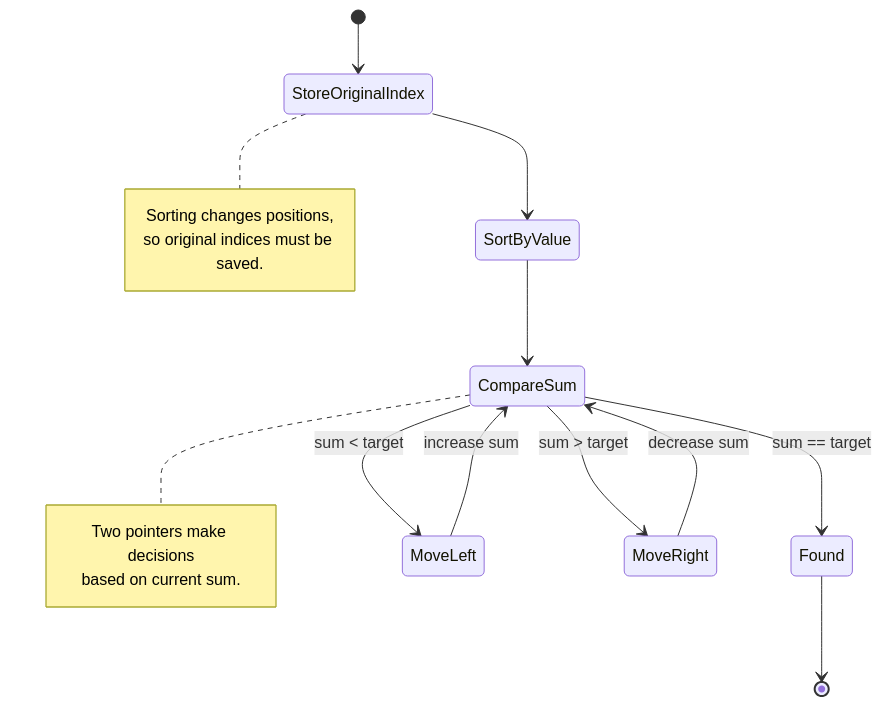
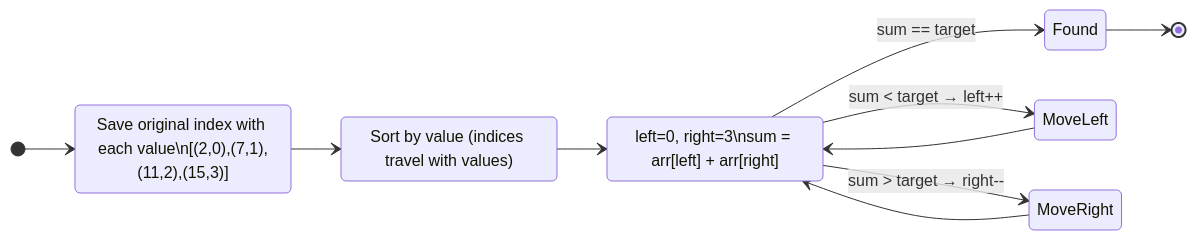
Before and after one commit to M-F-Tushar/LeetCode-Problem-Solving: the seventh of 12 diagrams in 01 - Two Sum/README.md, drawn with Mermaid. The commit also changed other lines of this file, not shown here.

````diff
--- a/01 - Two Sum/README.md
+++ b/01 - Two Sum/README.md
@@ -237,25 +220,20 @@
 ```mermaid
 stateDiagram-v2
-    [*] --> StoreOriginalIndex
-    StoreOriginalIndex --> SortByValue
-    SortByValue --> CompareSum
+    direction LR
+    [*] --> SaveIndices
+    SaveIndices: Save original index with each value\n[(2,0),(7,1),(11,2),(15,3)]
 
-    CompareSum --> Found: sum == target
-    CompareSum --> MoveLeft: sum < target
-    CompareSum --> MoveRight: sum > target
+    SaveIndices --> SortByValue
+    SortByValue: Sort by value (indices travel with values)
 
-    MoveLeft --> CompareSum: increase sum
-    MoveRight --> CompareSum: decrease sum
+    SortByValue --> Compare
+    Compare: left=0, right=3\nsum = arr[left] + arr[right]
 
+    Compare --> Found: sum == target
+    Compare --> MoveLeft: sum < target → left++
+    Compare --> MoveRight: sum > target → right--
+
+    MoveLeft --> Compare
+    MoveRight --> Compare
     Found --> [*]
-
-    note right of StoreOriginalIndex
-        Sorting changes positions,
-        so original indices must be saved.
-    end note
-
-    note right of CompareSum
-        Two pointers make decisions
-        based on current sum.
-    end note
 ```
````
